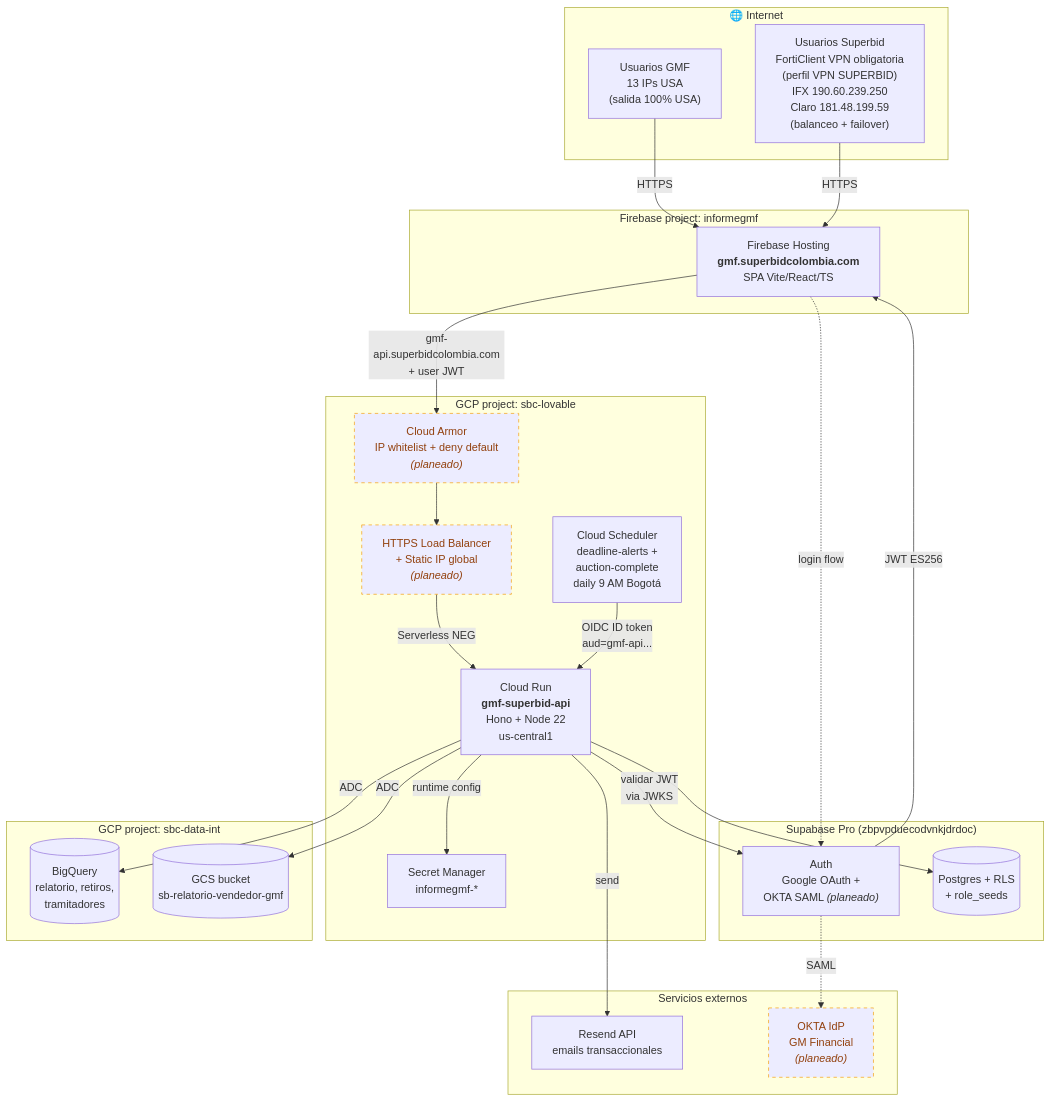
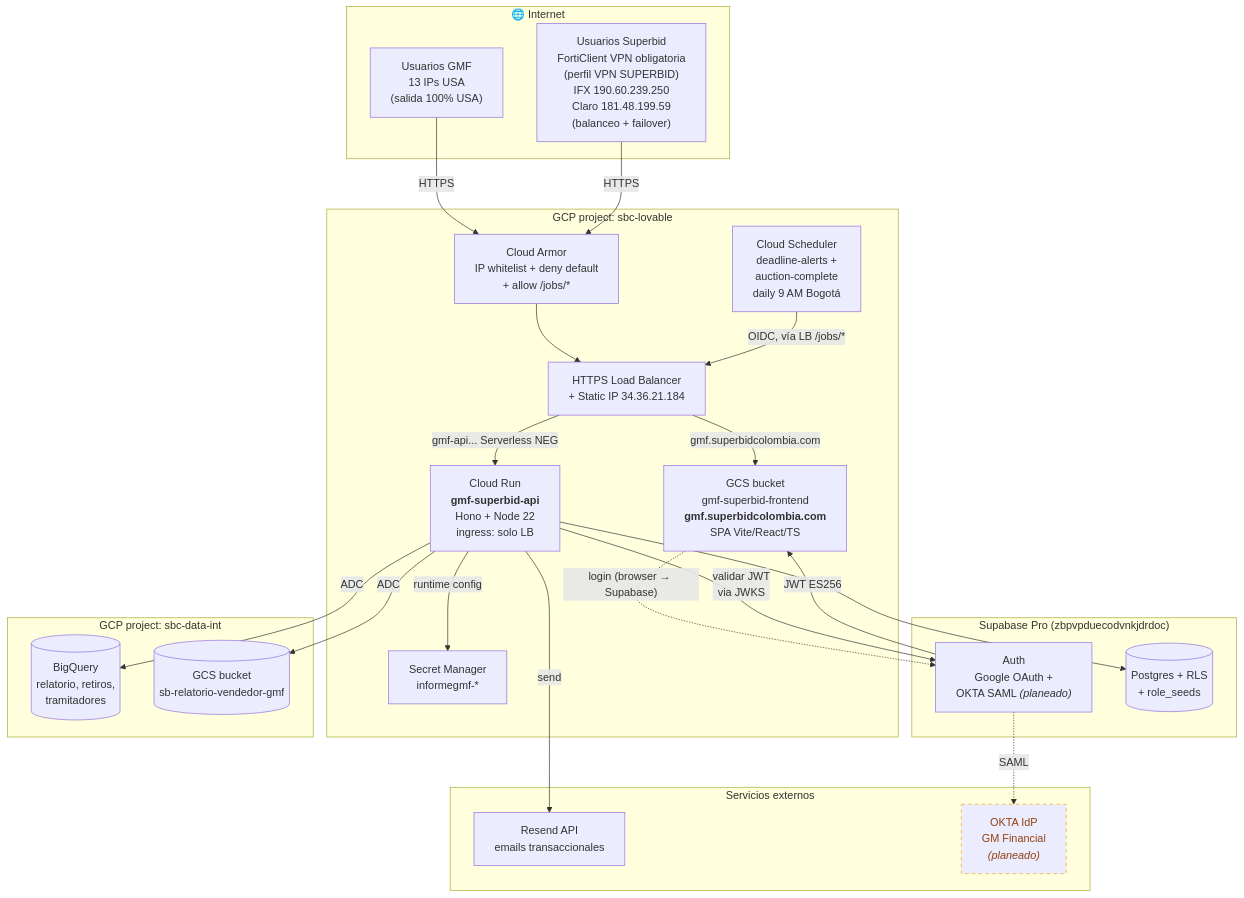
Before and after one commit to sb-dataops/informegmf: the first of 4 diagrams in docs/arquitectura.md, drawn with Mermaid. The commit also changed other lines of this file and 10 other files, not shown here.

First line of the commit message:
Tanda 3: CI frontend al bucket GCS, CORS, y sync de docs

````diff
--- a/docs/arquitectura.md
+++ b/docs/arquitectura.md
@@ -11,56 +11,53 @@
 ```mermaid
 flowchart TB
     subgraph internet["🌐 Internet"]
         userGMF["Usuarios GMF<br/>13 IPs USA<br/>(salida 100% USA)"]
         userSB["Usuarios Superbid<br/>FortiClient VPN obligatoria<br/>(perfil VPN SUPERBID)<br/>IFX 190.60.239.250<br/>Claro 181.48.199.59<br/>(balanceo + failover)"]
     end
 
-    subgraph fb["Firebase project: informegmf"]
-        fh["Firebase Hosting<br/><b>gmf.superbidcolombia.com</b><br/>SPA Vite/React/TS"]
-    end
-
     subgraph gcp_lov["GCP project: sbc-lovable"]
-        ca["Cloud Armor<br/>IP whitelist + deny default<br/><i>(planeado)</i>"]
-        lb["HTTPS Load Balancer<br/>+ Static IP global<br/><i>(planeado)</i>"]
-        cr["Cloud Run<br/><b>gmf-superbid-api</b><br/>Hono + Node 22<br/>us-central1"]
+        ca["Cloud Armor<br/>IP whitelist + deny default<br/>+ allow /jobs/*"]
+        lb["HTTPS Load Balancer<br/>+ Static IP 34.36.21.184"]
+        fh["GCS bucket<br/>gmf-superbid-frontend<br/><b>gmf.superbidcolombia.com</b><br/>SPA Vite/React/TS"]
+        cr["Cloud Run<br/><b>gmf-superbid-api</b><br/>Hono + Node 22<br/>ingress: solo LB"]
         sm["Secret Manager<br/>informegmf-*"]
         sched["Cloud Scheduler<br/>deadline-alerts +<br/>auction-complete<br/>daily 9 AM Bogotá"]
     end
 
     subgraph supa["Supabase Pro (zbpvpduecodvnkjdrdoc)"]
         sauth["Auth<br/>Google OAuth +<br/>OKTA SAML <i>(planeado)</i>"]
         sdb[("Postgres + RLS<br/>+ role_seeds")]
     end
 
     subgraph gcp_data["GCP project: sbc-data-int"]
         bq[("BigQuery<br/>relatorio, retiros,<br/>tramitadores")]
         gcs[("GCS bucket<br/>sb-relatorio-vendedor-gmf")]
     end
 
     subgraph external["Servicios externos"]
         resend["Resend API<br/>emails transaccionales"]
         okta["OKTA IdP<br/>GM Financial<br/><i>(planeado)</i>"]
     end
 
-    userGMF -->|HTTPS| fh
-    userSB -->|HTTPS| fh
-    fh -->|"gmf-api.superbidcolombia.com<br/>+ user JWT"| ca
+    userGMF -->|HTTPS| ca
+    userSB -->|HTTPS| ca
     ca --> lb
-    lb -->|Serverless NEG| cr
+    lb -->|"gmf.superbidcolombia.com"| fh
+    lb -->|"gmf-api... Serverless NEG"| cr
 
-    fh -.->|login flow| sauth
+    fh -.->|"login (browser → Supabase)"| sauth
     sauth -.->|SAML| okta
     sauth -->|JWT ES256| fh
 
     cr -->|validar JWT<br/>via JWKS| sauth
     cr --> sdb
     cr -->|ADC| bq
     cr -->|ADC| gcs
     cr -->|runtime config| sm
     cr -->|send| resend
 
-    sched -->|OIDC ID token<br/>aud=gmf-api...| cr
+    sched -->|"OIDC, vía LB /jobs/*"| lb
 
     classDef planned stroke-dasharray:5 5,stroke:#f59e0b,color:#92400e
-    class ca,lb,okta planned
+    class okta planned
 ```
````
